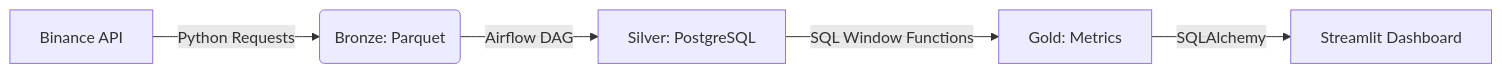
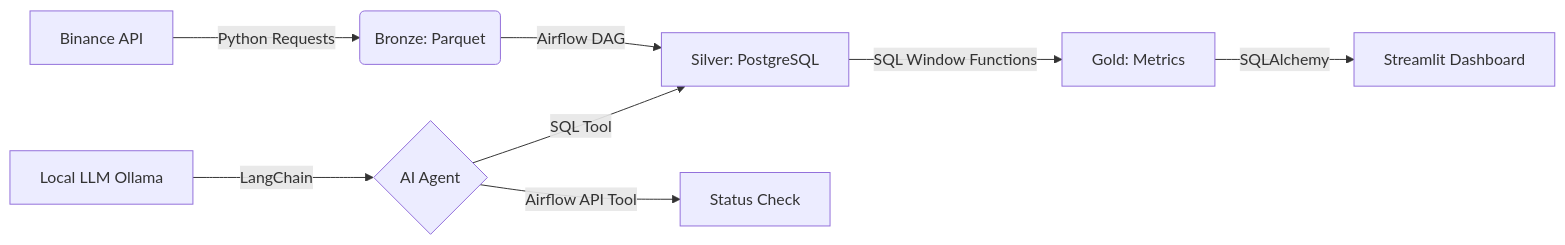
One commit to z10n/crypto-exchange-de changed the diagram in readme.md. Above: the diagram before and after it, drawn with Mermaid. The commit also changed other lines of this file, not shown here.

````diff
--- a/readme.md
+++ b/readme.md
@@ -8,7 +8,10 @@
 ```mermaid
 graph LR
     A[Binance API] -->|Python Requests| B(Bronze: Parquet)
     B -->|Airflow DAG| C[Silver: PostgreSQL]
     C -->|SQL Window Functions| D[Gold: Metrics]
     D -->|SQLAlchemy| E[Streamlit Dashboard]
+    F[Local LLM Ollama] -->|LangChain| G{AI Agent}
+    G -->|SQL Tool| C
+    G -->|Airflow API Tool| H[Status Check]
 ```
````
